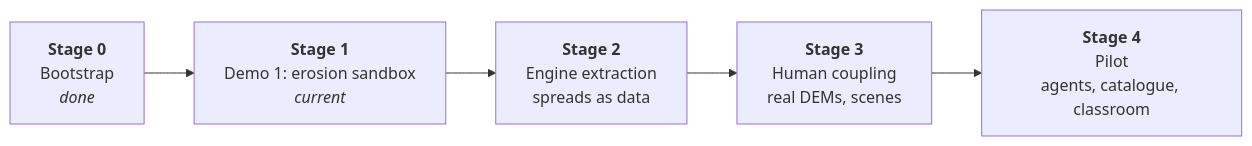
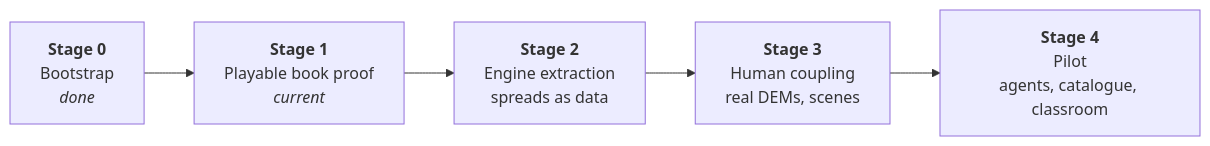
Before and after one commit to JohnnnyTang/uplift: the diagram in docs/plan/README.md, drawn with Mermaid. The commit also changed other lines of this file and 6 other files, not shown here.

Commit message:
docs: realign Uplift around a playable 3D book

````diff
--- a/docs/plan/README.md
+++ b/docs/plan/README.md
@@ -138,7 +146,7 @@
 ```mermaid
 flowchart LR
-    S0["<b>Stage 0</b><br/>Bootstrap<br/><i>done</i>"] --> S1["<b>Stage 1</b><br/>Demo 1: erosion sandbox<br/><i>current</i>"]
+    S0["<b>Stage 0</b><br/>Bootstrap<br/><i>done</i>"] --> S1["<b>Stage 1</b><br/>Playable book proof<br/><i>current</i>"]
     S1 --> S2["<b>Stage 2</b><br/>Engine extraction<br/>spreads as data"]
     S2 --> S3["<b>Stage 3</b><br/>Human coupling<br/>real DEMs, scenes"]
     S3 --> S4["<b>Stage 4</b><br/>Pilot<br/>agents, catalogue, classroom"]
 ```
````
